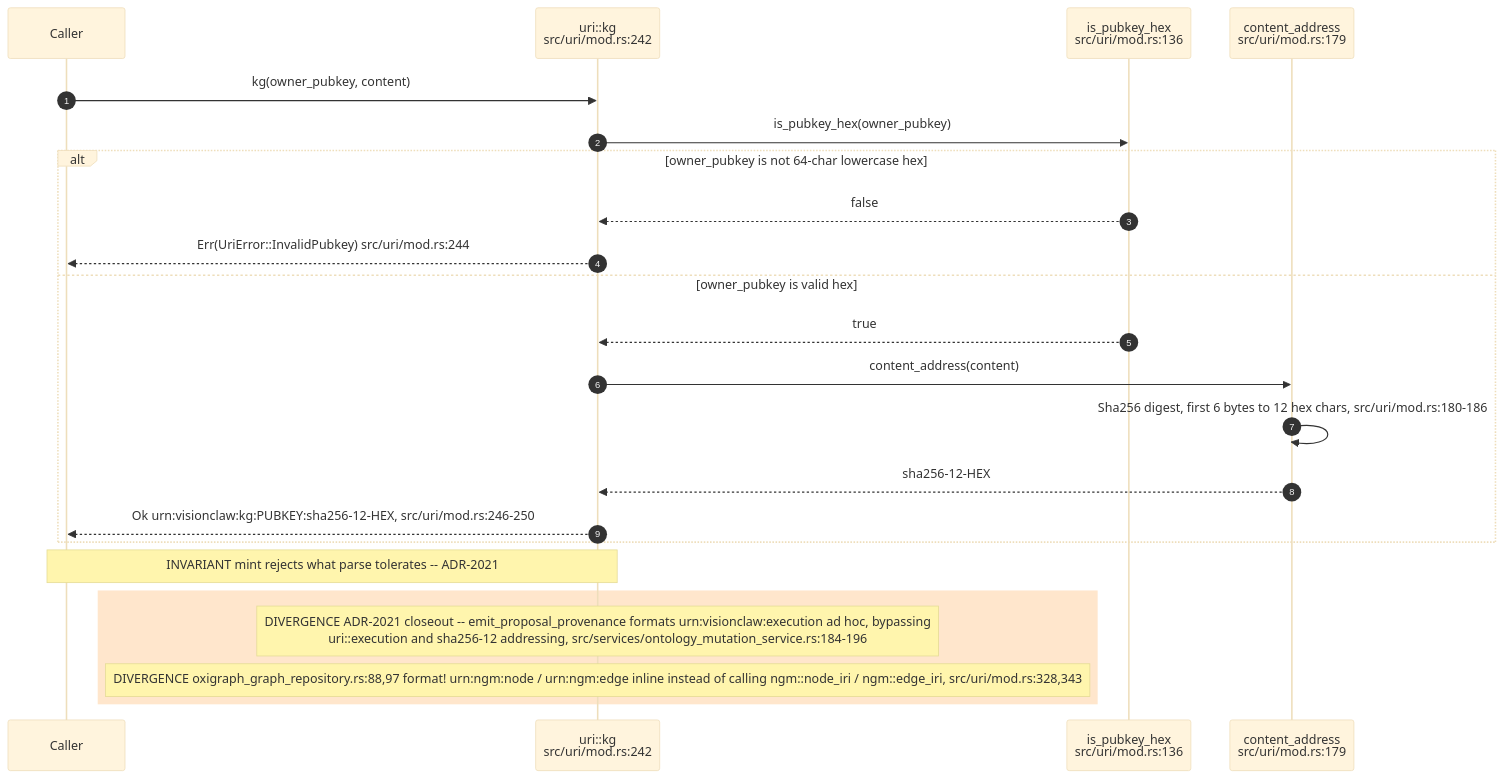
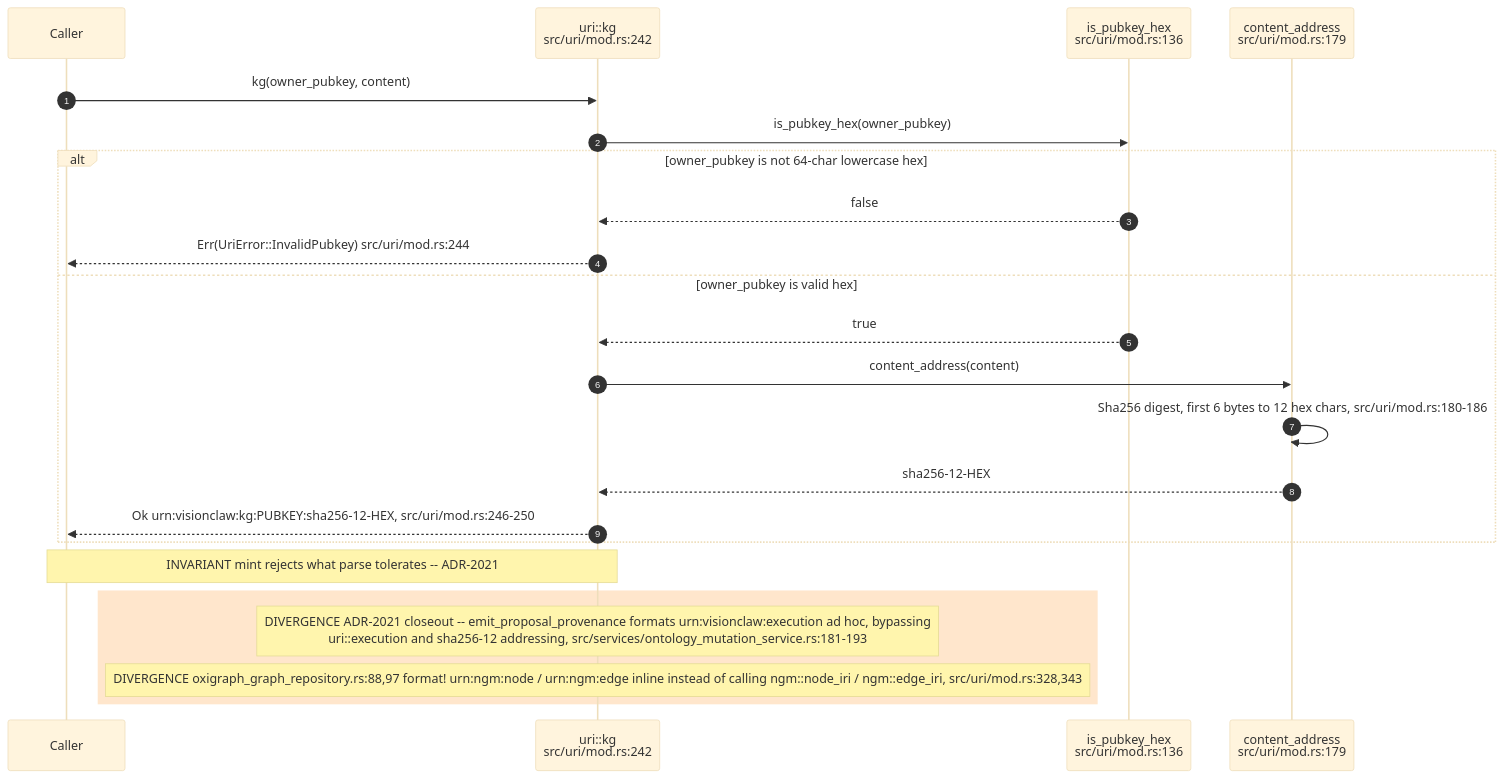
Before and after one commit to DreamLab-AI/AR-AI-Knowledge-Graph: the second of 10 diagrams in docs/diagrams/visionclaw/23-identifiers-urn-did-sha12.md, drawn with Mermaid (base theme). The commit also changed other lines of this file and 73 other files, not shown here.

First line of the commit message:
docs(diagrams): re-verify all 71 topic files against HEAD; add --cite-check

````diff
--- a/docs/diagrams/visionclaw/23-identifiers-urn-did-sha12.md
+++ b/docs/diagrams/visionclaw/23-identifiers-urn-did-sha12.md
@@ -93,25 +93,25 @@
 ```mermaid
 sequenceDiagram
     autonumber
     participant Caller
     participant U as uri::kg<br/>src/uri/mod.rs:242
     participant PK as is_pubkey_hex<br/>src/uri/mod.rs:136
     participant CA as content_address<br/>src/uri/mod.rs:179
     Caller->>U: kg(owner_pubkey, content)
     U->>PK: is_pubkey_hex(owner_pubkey)
     alt owner_pubkey is not 64-char lowercase hex
         PK-->>U: false
         U-->>Caller: Err(UriError::InvalidPubkey) src/uri/mod.rs:244
     else owner_pubkey is valid hex
         PK-->>U: true
         U->>CA: content_address(content)
         CA->>CA: Sha256 digest, first 6 bytes to 12 hex chars, src/uri/mod.rs:180-186
         CA-->>U: sha256-12-HEX
         U-->>Caller: Ok urn:visionclaw:kg:PUBKEY:sha256-12-HEX, src/uri/mod.rs:246-250
     end
     Note over Caller,U: INVARIANT mint rejects what parse tolerates -- ADR-2021
     rect rgb(255,230,204)
-    Note over U: DIVERGENCE ADR-2021 closeout -- emit_proposal_provenance formats urn:visionclaw:execution ad hoc, bypassing<br/>uri::execution and sha256-12 addressing, src/services/ontology_mutation_service.rs:184-196
+    Note over U: DIVERGENCE ADR-2021 closeout -- emit_proposal_provenance formats urn:visionclaw:execution ad hoc, bypassing<br/>uri::execution and sha256-12 addressing, src/services/ontology_mutation_service.rs:181-193
     Note over U: DIVERGENCE oxigraph_graph_repository.rs:88,97 format! urn:ngm:node / urn:ngm:edge inline instead of calling ngm::node_iri / ngm::edge_iri, src/uri/mod.rs:328,343
     end
 ```
````
